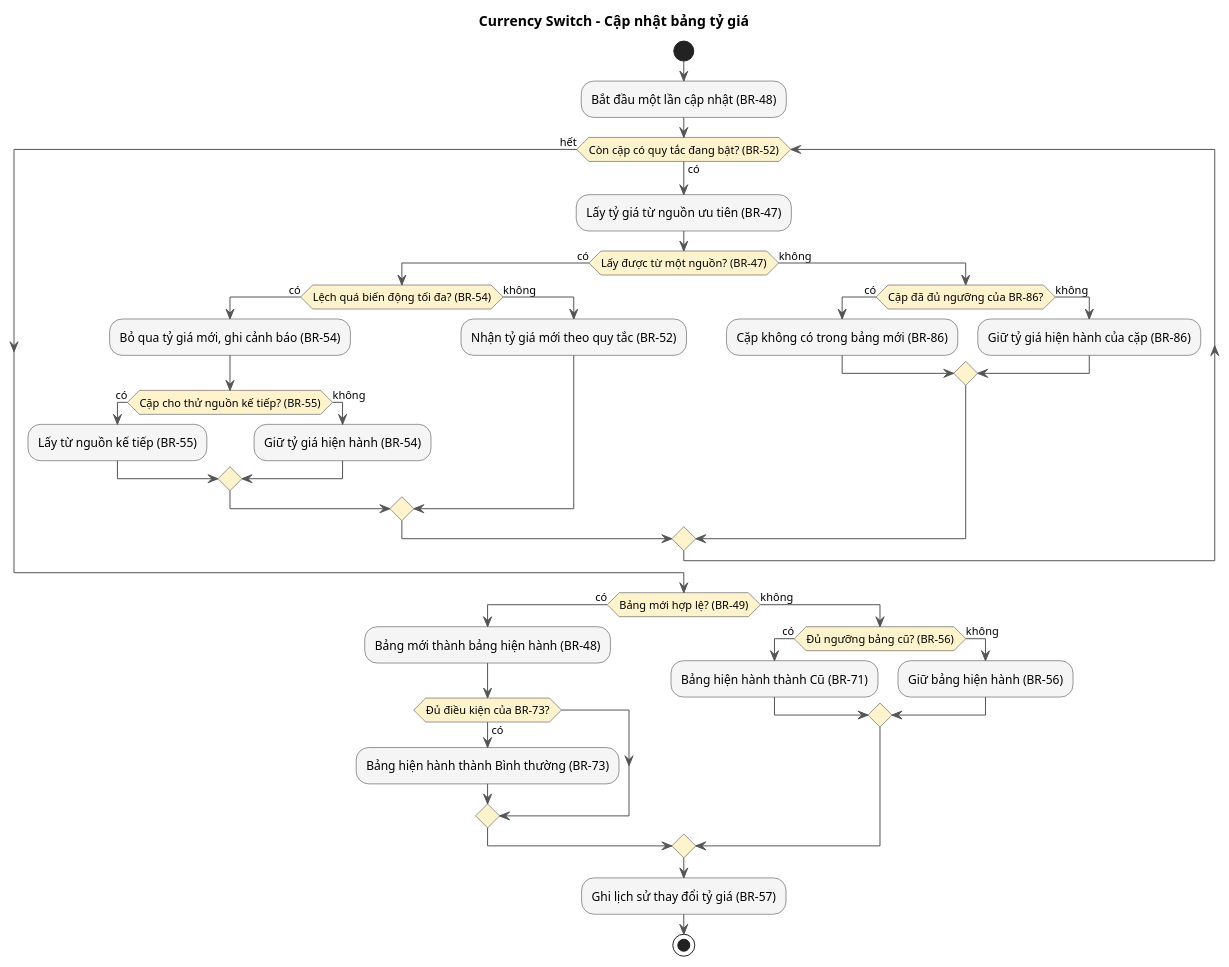
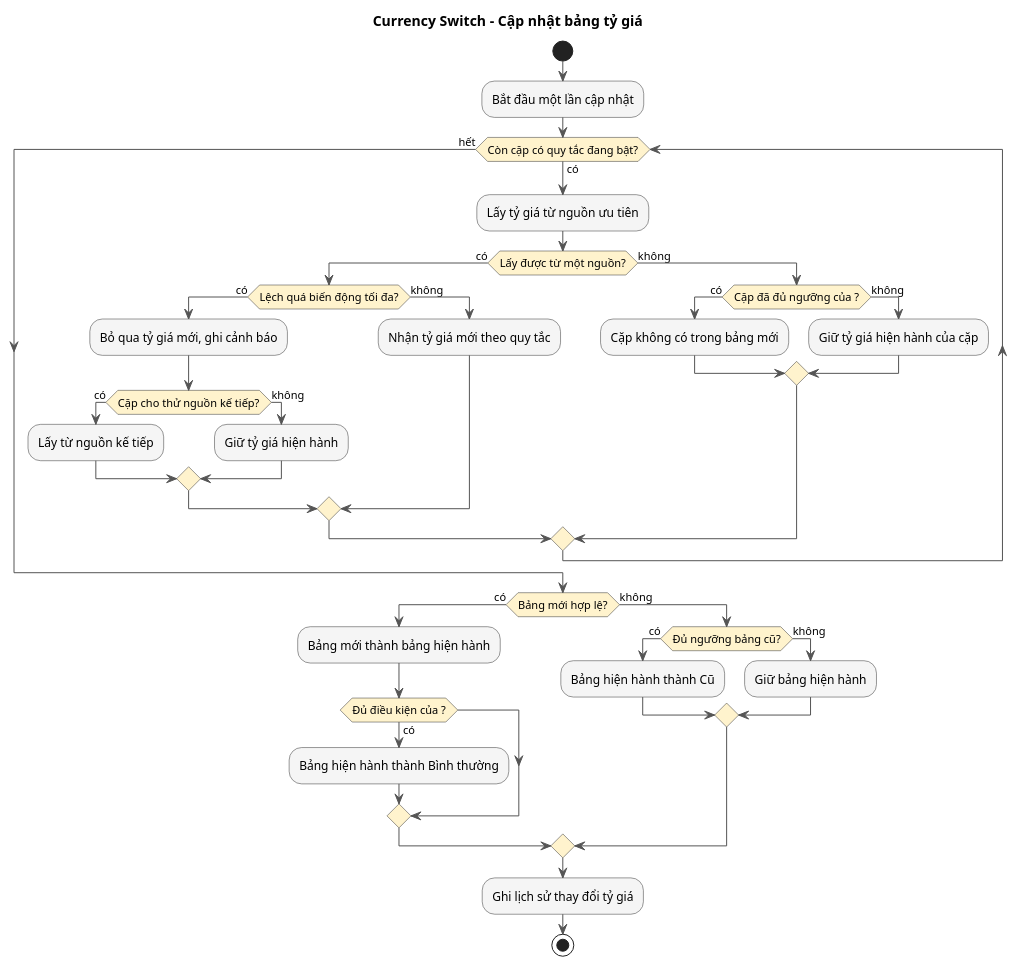
One commit to Tuon-Tun/PRD_Vexere changed the third of 3 diagrams in domain-knowledge/currency-switch/PRDs/currency-switch_PRD.md. Above: the diagram before and after it, drawn with PlantUML. The commit also changed other lines of this file and 18 other files, not shown here.

````diff
--- a/domain-knowledge/currency-switch/PRDs/currency-switch_PRD.md
+++ b/domain-knowledge/currency-switch/PRDs/currency-switch_PRD.md
@@ -432,48 +336,48 @@
 ```plantuml
 @startuml
 skinparam ActivityBackgroundColor #f5f5f5
 skinparam ActivityBorderColor #333333
 skinparam ArrowColor #555555
 skinparam ActivityDiamondBackgroundColor #fff3cd
 
 title Currency Switch - Cập nhật bảng tỷ giá
 
 start
-:Bắt đầu một lần cập nhật (BR-48);
-while (Còn cặp có quy tắc đang bật? (BR-52)) is (có)
-  :Lấy tỷ giá từ nguồn ưu tiên (BR-47);
-  if (Lấy được từ một nguồn? (BR-47)) then (có)
-    if (Lệch quá biến động tối đa? (BR-54)) then (có)
-      :Bỏ qua tỷ giá mới, ghi cảnh báo (BR-54);
-      if (Cặp cho thử nguồn kế tiếp? (BR-55)) then (có)
-        :Lấy từ nguồn kế tiếp (BR-55);
+:Bắt đầu một lần cập nhật;
+while (Còn cặp có quy tắc đang bật?) is (có)
+  :Lấy tỷ giá từ nguồn ưu tiên;
+  if (Lấy được từ một nguồn?) then (có)
+    if (Lệch quá biến động tối đa?) then (có)
+      :Bỏ qua tỷ giá mới, ghi cảnh báo;
+      if (Cặp cho thử nguồn kế tiếp?) then (có)
+        :Lấy từ nguồn kế tiếp;
       else (không)
-        :Giữ tỷ giá hiện hành (BR-54);
+        :Giữ tỷ giá hiện hành;
       endif
     else (không)
-      :Nhận tỷ giá mới theo quy tắc (BR-52);
+      :Nhận tỷ giá mới theo quy tắc;
     endif
   else (không)
-    if (Cặp đã đủ ngưỡng của BR-86?) then (có)
-      :Cặp không có trong bảng mới (BR-86);
+    if (Cặp đã đủ ngưỡng của ?) then (có)
+      :Cặp không có trong bảng mới;
     else (không)
-      :Giữ tỷ giá hiện hành của cặp (BR-86);
+      :Giữ tỷ giá hiện hành của cặp;
     endif
   endif
 endwhile (hết)
-if (Bảng mới hợp lệ? (BR-49)) then (có)
-  :Bảng mới thành bảng hiện hành (BR-48);
-  if (Đủ điều kiện của BR-73?) then (có)
-    :Bảng hiện hành thành Bình thường (BR-73);
+if (Bảng mới hợp lệ?) then (có)
+  :Bảng mới thành bảng hiện hành;
+  if (Đủ điều kiện của ?) then (có)
+    :Bảng hiện hành thành Bình thường;
   endif
 else (không)
-  if (Đủ ngưỡng bảng cũ? (BR-56)) then (có)
-    :Bảng hiện hành thành Cũ (BR-71);
+  if (Đủ ngưỡng bảng cũ?) then (có)
+    :Bảng hiện hành thành Cũ;
   else (không)
-    :Giữ bảng hiện hành (BR-56);
+    :Giữ bảng hiện hành;
   endif
 endif
-:Ghi lịch sử thay đổi tỷ giá (BR-57);
+:Ghi lịch sử thay đổi tỷ giá;
 stop
 @enduml
 ```
````
